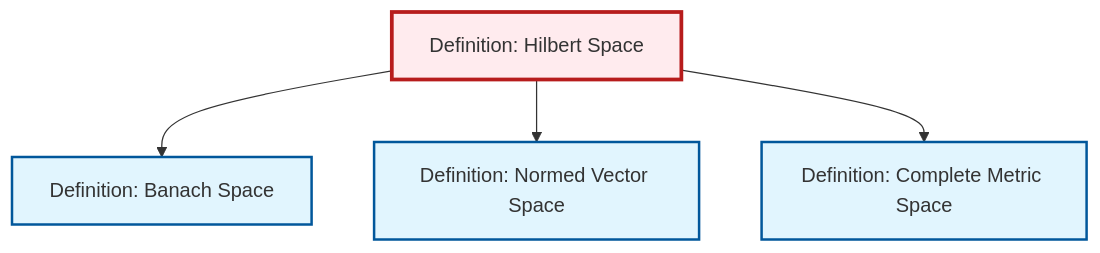
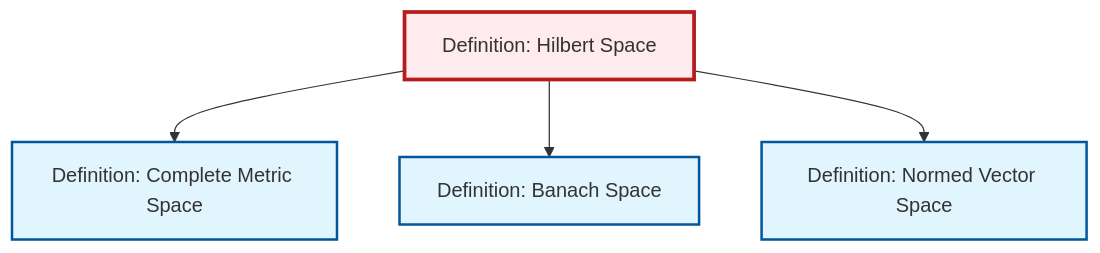
One commit to RK0429/ModernMath changed the diagram in output/mermaid/en/def-hilbert-space.mermaid. Above: the diagram before and after it, drawn with Mermaid. The commit also changed other lines of this file and 321 other files, not shown here.

```diff
--- a/output/mermaid/en/def-hilbert-space.mermaid
+++ b/output/mermaid/en/def-hilbert-space.mermaid
@@ -1,15 +1,15 @@
 %%| fig-cap: "Local dependency graph"
 graph TD
     classDef definition fill:#e1f5fe,stroke:#01579b,stroke-width:2px
     classDef theorem fill:#f3e5f5,stroke:#4a148c,stroke-width:2px
     classDef axiom fill:#fff3e0,stroke:#e65100,stroke-width:2px
     classDef example fill:#e8f5e9,stroke:#1b5e20,stroke-width:2px
     classDef current fill:#ffebee,stroke:#b71c1c,stroke-width:3px
+    def-complete-metric-space["Definition: Complete Metric Space"]:::definition
     def-normed-vector-space["Definition: Normed Vector Space"]:::definition
+    def-banach-space["Definition: Banach Space"]:::definition
     def-hilbert-space["Definition: Hilbert Space"]:::definition
-    def-banach-space["Definition: Banach Space"]:::definition
-    def-complete-metric-space["Definition: Complete Metric Space"]:::definition
+    def-hilbert-space --> def-complete-metric-space
     def-hilbert-space --> def-banach-space
     def-hilbert-space --> def-normed-vector-space
-    def-hilbert-space --> def-complete-metric-space
     class def-hilbert-space current
```
